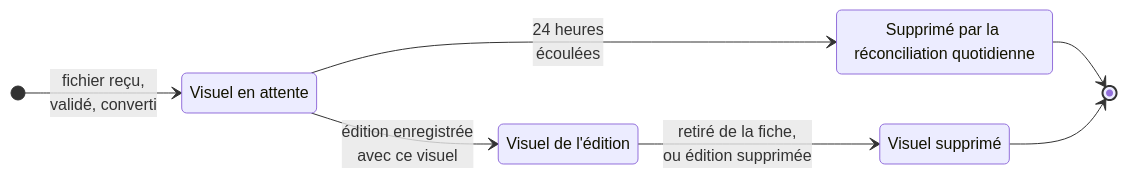
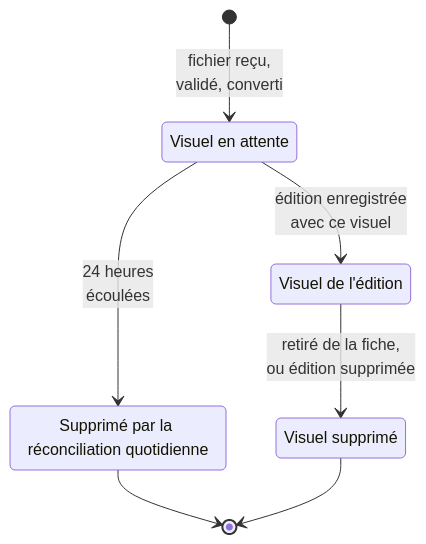
Before and after one commit to Tetram76/bdtheque-claude: the first of 2 diagrams in docs/tech/mecanismes/visuels.md, drawn with Mermaid. The commit also changed 3 other files, not shown here.

First line of the commit message:
docs(tech): marge de lisibilité des diagrammes proches du seuil

````diff
--- a/docs/tech/mecanismes/visuels.md
+++ b/docs/tech/mecanismes/visuels.md
@@ -23,15 +23,14 @@
 ```mermaid
 stateDiagram-v2
-    direction LR
     [*] --> EnAttente: fichier reçu,<br/>validé, converti
     EnAttente --> Edition: édition enregistrée<br/>avec ce visuel
     EnAttente --> Expire: 24 heures<br/>écoulées
     Edition --> Retire: retiré de la fiche,<br/>ou édition supprimée
     Expire --> [*]
     Retire --> [*]
 
     EnAttente: Visuel en attente
     Edition: Visuel de l'édition
     Expire: Supprimé par la réconciliation quotidienne
     Retire: Visuel supprimé
 ```
````
